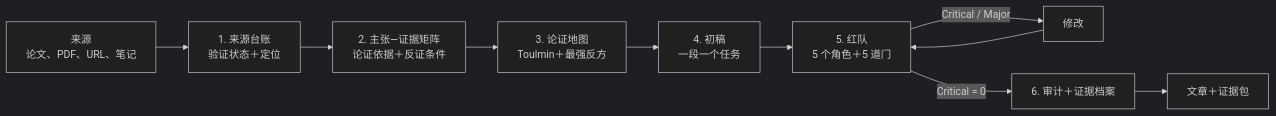
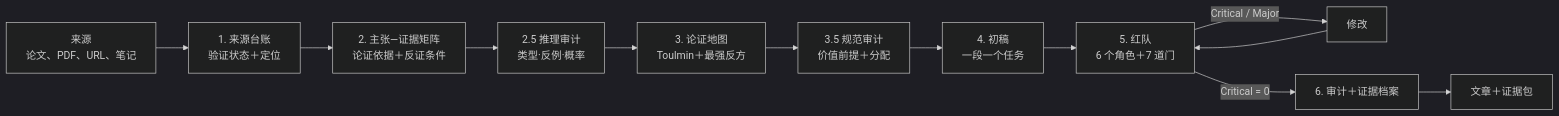
One commit to Hum1Tab/universal-article-writer changed the diagram in README.zh-CN.md. Above: the diagram before and after it, drawn with Mermaid (dark theme). The commit also changed other lines of this file and 42 other files, not shown here.

````diff
--- a/README.zh-CN.md
+++ b/README.zh-CN.md
@@ -64,12 +77,14 @@
 ```mermaid
 flowchart LR
   A[来源<br/>论文、PDF、URL、笔记] --> B[1. 来源台账<br/>验证状态＋定位]
   B --> C[2. 主张—证据矩阵<br/>论证依据＋反证条件]
-  C --> D[3. 论证地图<br/>Toulmin＋最强反方]
-  D --> E[4. 初稿<br/>一段一个任务]
-  E --> F[5. 红队<br/>5 个角色＋5 道门]
+  C --> C2[2.5 推理审计<br/>类型·反例·概率]
+  C2 --> D[3. 论证地图<br/>Toulmin＋最强反方]
+  D --> D2[3.5 规范审计<br/>价值前提＋分配]
+  D2 --> E[4. 初稿<br/>一段一个任务]
+  E --> F[5. 红队<br/>6 个角色＋7 道门]
   F -->|Critical / Major| G[修改]
   G --> F
   F -->|Critical = 0| H[6. 审计＋证据档案]
   H --> I[文章＋证据包]
 ```
````
